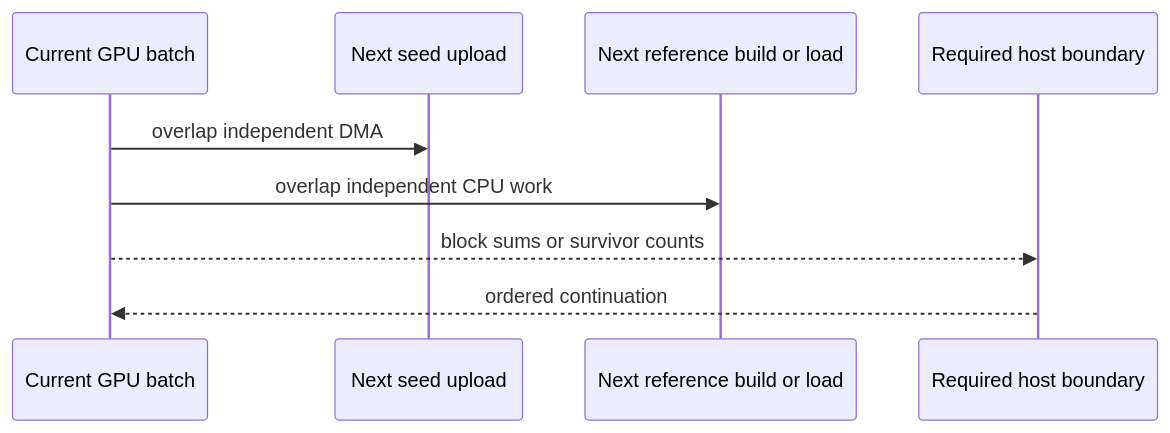
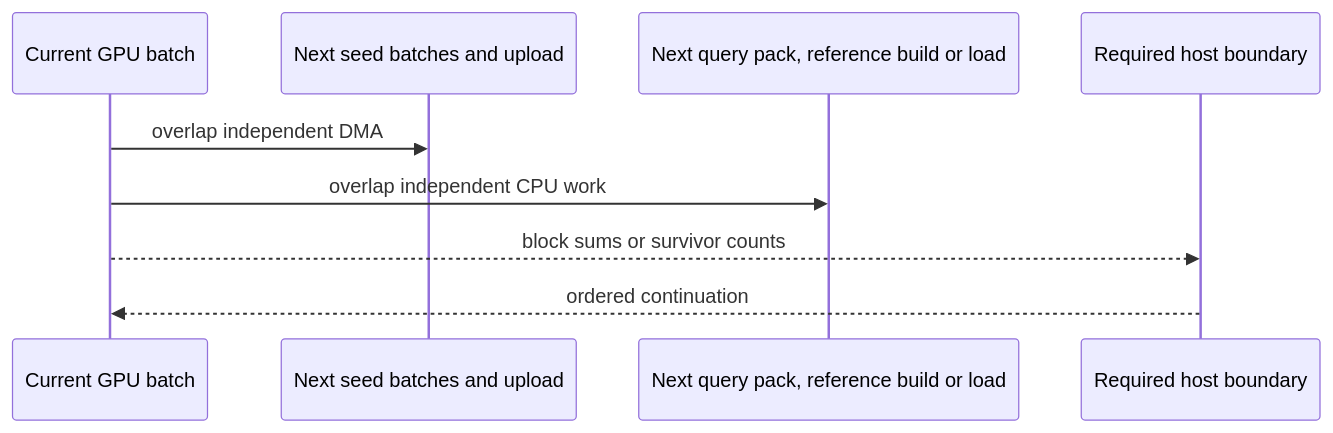
Before and after one commit to hillerlab/hspZ: the fourth of 5 diagrams in docs/src/journeys/execution.md, drawn with Mermaid. The commit also changed other lines of this file and 3 other files, not shown here.

````diff
--- a/docs/src/journeys/execution.md
+++ b/docs/src/journeys/execution.md
@@ -75,11 +75,11 @@
 ```mermaid
 sequenceDiagram
     participant C as Current GPU batch
-    participant S as Next seed upload
-    participant R as Next reference build or load
+    participant S as Next seed batches and upload
+    participant R as Next query pack, reference build or load
     participant H as Required host boundary
     C->>S: overlap independent DMA
     C->>R: overlap independent CPU work
     C-->>H: block sums or survivor counts
     H-->>C: ordered continuation
 ```
````
